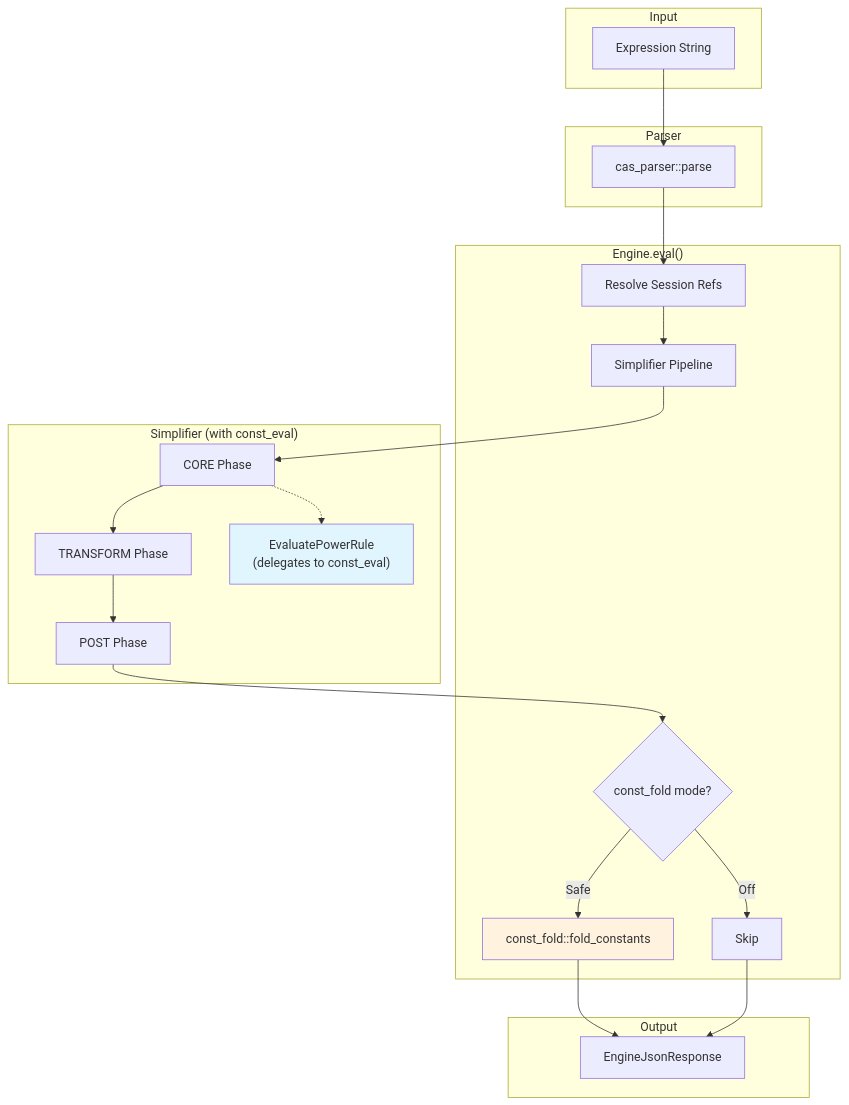
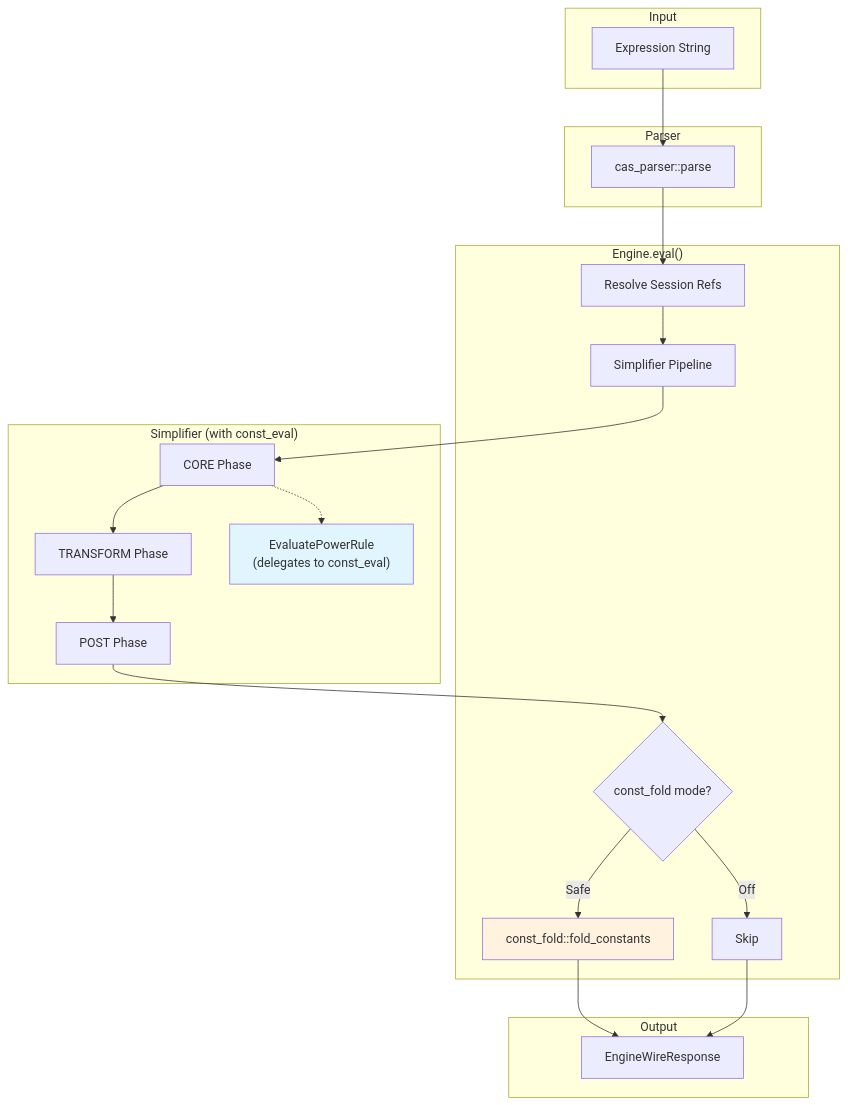
One commit to javileyes/ExpliCAS changed the diagram in docs/CONST_FOLD_POLICY.md. Above: the diagram before and after it, drawn with Mermaid. The commit also changed 106 other files, not shown here.

````diff
--- a/docs/CONST_FOLD_POLICY.md
+++ b/docs/CONST_FOLD_POLICY.md
@@ -42,39 +42,39 @@
 ```mermaid
 flowchart TD
     subgraph Input
         A[Expression String]
     end
 
     subgraph Parser
         B[cas_parser::parse]
     end
 
     subgraph Engine["Engine.eval()"]
         C[Resolve Session Refs]
         D[Simplifier Pipeline]
         E{const_fold mode?}
         F[const_fold::fold_constants]
         G[Skip]
     end
 
     subgraph Simplifier["Simplifier (with const_eval)"]
         D1[CORE Phase]
         D2[TRANSFORM Phase]
         D3[POST Phase]
         D4["EvaluatePowerRule<br/>(delegates to const_eval)"]
     end
 
     subgraph Output
-        H[EngineJsonResponse]
+        H[EngineWireResponse]
     end
 
     A --> B --> C --> D
     D --> D1 --> D2 --> D3
     D1 -.-> D4
     D3 --> E
     E -->|Safe| F --> H
     E -->|Off| G --> H
 
     style D4 fill:#e1f5fe
     style F fill:#fff3e0
 ```
````
